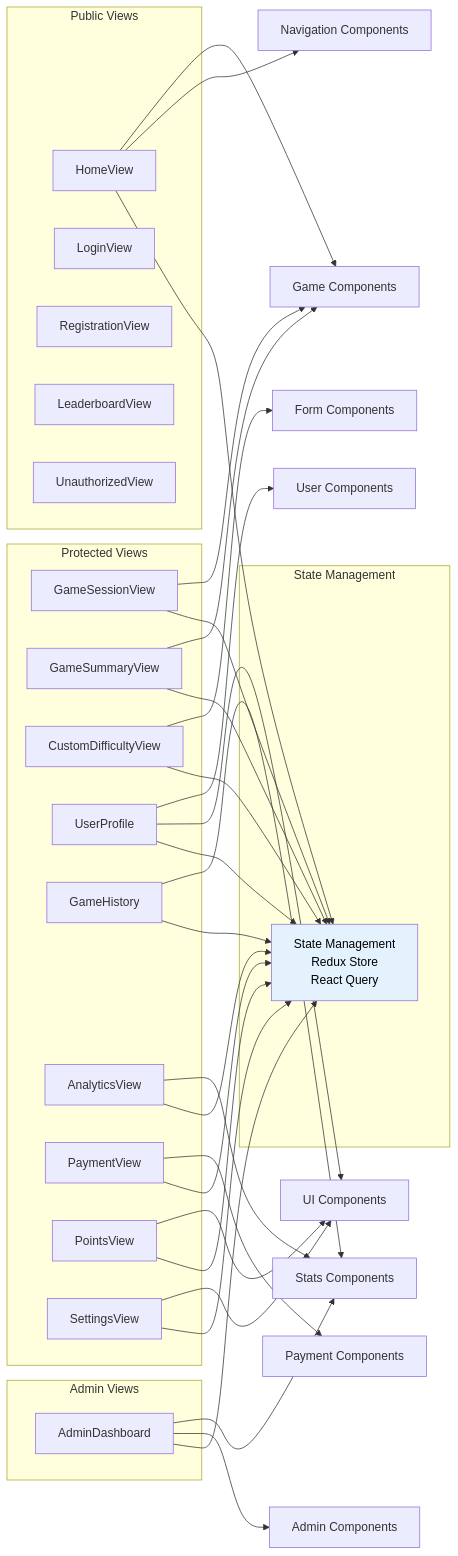
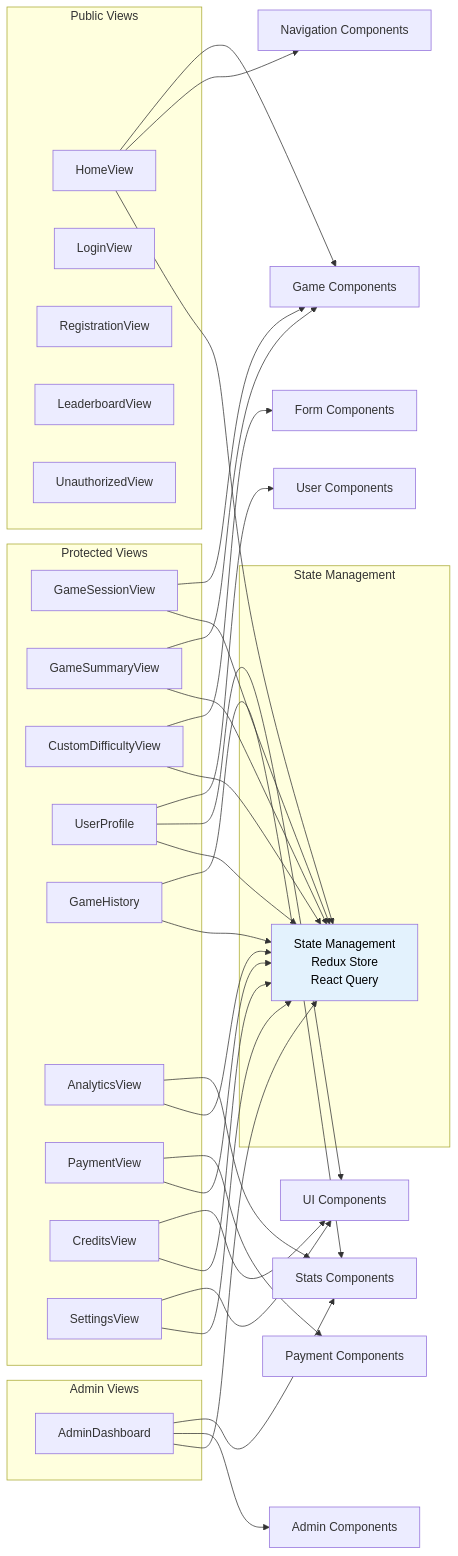
One commit to IsraelRub/EveryTriv changed diagram 17 of 28 in docs/DIAGRAMS.md. Above: the diagram before and after it, drawn with Mermaid. The commit also changed other lines of this file and 600 other files, not shown here.

Commit message:
feat: add multiplayer game mode, migrate from points to credits system, reorganize components, and rename AI providers

````diff
--- a/docs/DIAGRAMS.md
+++ b/docs/DIAGRAMS.md
@@ -1075,59 +1109,59 @@
 ```mermaid
 graph LR
     subgraph "Public Views"
         A[HomeView]
         B[LoginView]
         C[RegistrationView]
         D[LeaderboardView]
         E[UnauthorizedView]
     end
 
     subgraph "Protected Views"
         F[GameSessionView]
         G[GameSummaryView]
         H[CustomDifficultyView]
         I[UserProfile]
         J[GameHistory]
         K[AnalyticsView]
         L[PaymentView]
-        M[PointsView]
+        M[CreditsView]
         N[SettingsView]
     end
 
     subgraph "Admin Views"
         O[AdminDashboard]
     end
 
     A --> P[Game Components]
     A --> Q[Navigation Components]
     F --> P
     G --> P
     H --> R[Form Components]
     I --> S[User Components]
     I --> T[UI Components]
     J --> U[Stats Components]
     K --> U
     L --> V[Payment Components]
     M --> T
     N --> T
     O --> U
     O --> W[Admin Components]
 
     subgraph "State Management"
         SM[State Management<br/>Redux Store<br/>React Query]
     end
 
     A --> SM
     F --> SM
     G --> SM
     H --> SM
     I --> SM
     J --> SM
     K --> SM
     L --> SM
     M --> SM
     N --> SM
     O --> SM
 
     style SM fill:#e3f2fd,color:#000000
 ```
````
